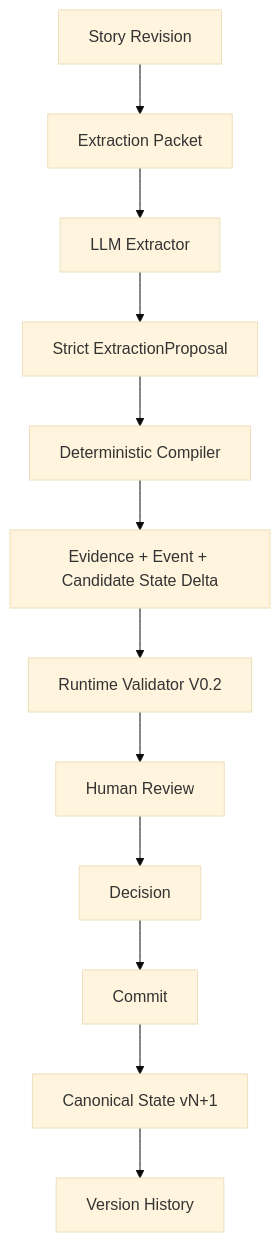
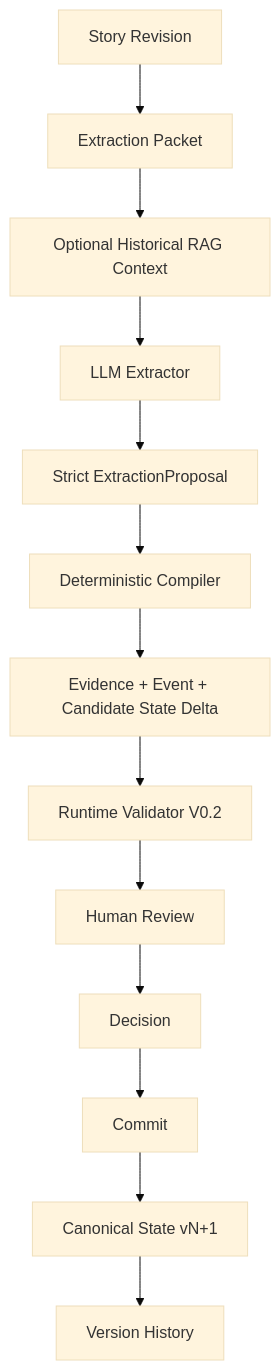
One commit to shipeilin91-png/storystate changed the diagram in docs/FINAL_ARCHITECTURE.md. Above: the diagram before and after it, drawn with Mermaid (base theme). The commit also changed other lines of this file and 19 other files, not shown here.

Commit message:
feat: add evidence RAG v0.1 for historical context retrieval

````diff
--- a/docs/FINAL_ARCHITECTURE.md
+++ b/docs/FINAL_ARCHITECTURE.md
@@ -31,14 +32,15 @@
 ```mermaid
 flowchart TD
     A[Story Revision] --> B[Extraction Packet]
-    B --> C[LLM Extractor]
+    B --> R[Optional Historical RAG Context]
+    R --> C[LLM Extractor]
     C --> D[Strict ExtractionProposal]
     D --> E[Deterministic Compiler]
     E --> F[Evidence + Event + Candidate State Delta]
     F --> G[Runtime Validator V0.2]
     G --> H[Human Review]
     H --> I[Decision]
     I --> J[Commit]
     J --> K[Canonical State vN+1]
     K --> L[Version History]
 ```
````
